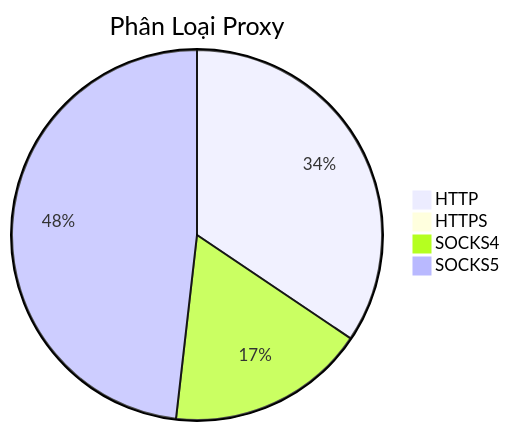
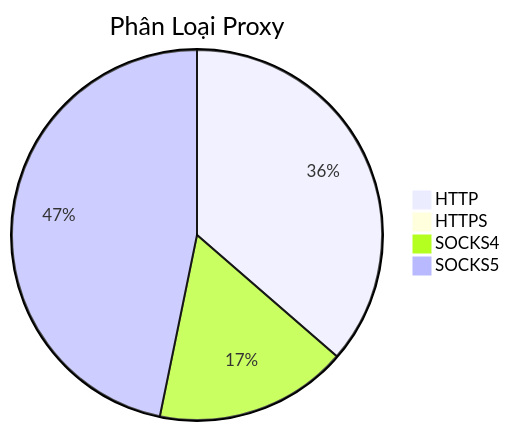
The diagram in README.md (Ciara-12/PROXY-free), drawn with Mermaid before and after one commit. The commit also changed other lines of this file and 4 other files, not shown here.

````diff
--- a/README.md
+++ b/README.md
@@ -26,7 +26,7 @@
 ```mermaid
 pie title Phân Loại Proxy
-    "HTTP" : 418
-    "HTTPS" : 3
-    "SOCKS4" : 211
-    "SOCKS5" : 585
+    "HTTP" : 678
+    "HTTPS" : 5
+    "SOCKS4" : 314
+    "SOCKS5" : 872
 ```
````
